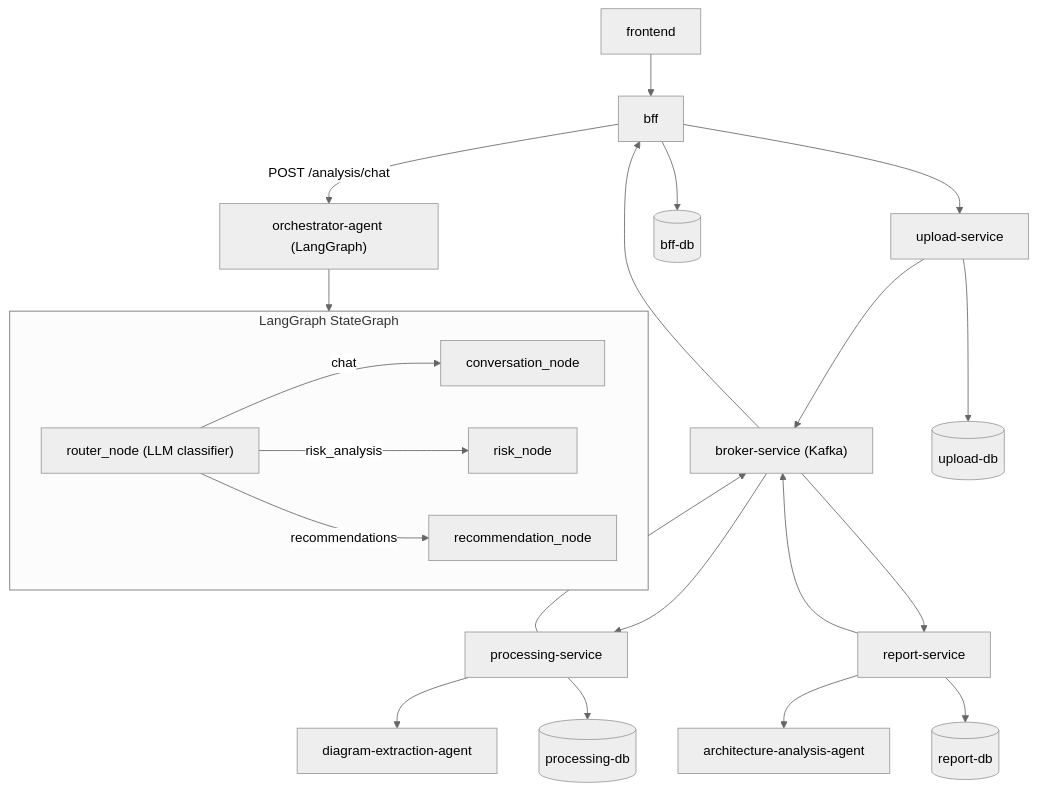
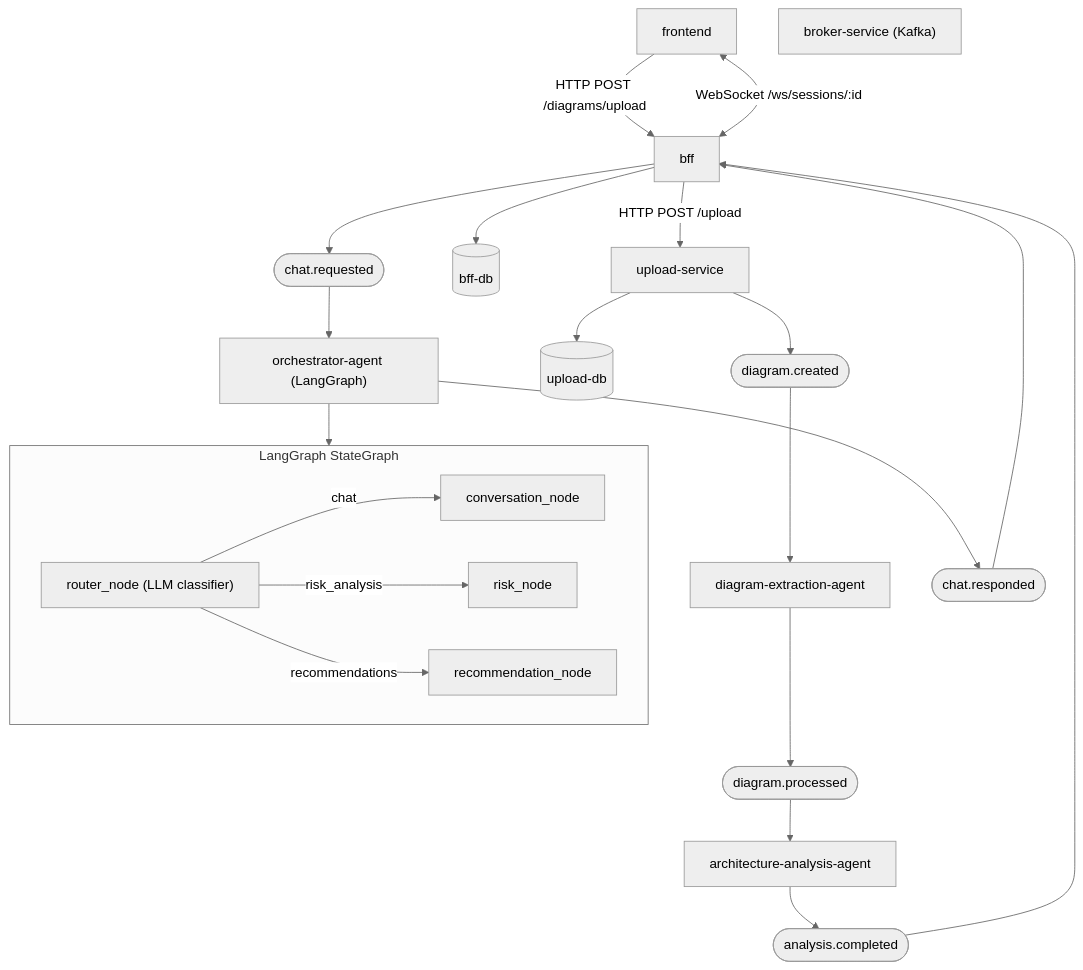
Before and after one commit to bodjay/ia-para-devs: the diagram in fase-5/tech-challenge/doc/ARCHITECTURE.md, drawn with Mermaid (neutral theme). The commit also changed other lines of this file and 32 other files, not shown here.

First line of the commit message:
feat: implement WebSocket server for chat functionality

`````diff
--- a/fase-5/tech-challenge/doc/ARCHITECTURE.md
+++ b/fase-5/tech-challenge/doc/ARCHITECTURE.md
@@ -5,62 +6,64 @@
 ````mermaid
 flowchart TB
 
     %% Clients
     FE["frontend"]
 
     %% BFF (microservice)
     BFF["bff"]
 
-    %% Orchestrator
-    OA["orchestrator-agent (LangGraph)"]
-
     %% Broker
     KAFKA["broker-service (Kafka)"]
 
-    %% Microservices
-    PS["processing-service"]
-    RS["report-service"]
+    %% Upload
     US["upload-service"]
 
-    %% AI Agents
+    %% AI Agents — Kafka-native workers
+    OA["orchestrator-agent (LangGraph)"]
     DEA["diagram-extraction-agent"]
     AAA["architecture-analysis-agent"]
 
     %% Databases
     DBB[("bff-db")]
-    DBP[("processing-db")]
-    DBR[("report-db")]
     DBU[("upload-db")]
 
-    %% Fluxos
-    FE --> BFF
-    BFF -->|POST /analysis/chat| OA
+    %% Tópicos Kafka
+    T1(["diagram.created"])
+    T2(["diagram.processed"])
+    T3(["analysis.completed"])
+    T4(["chat.requested"])
+    T5(["chat.responded"])
+
+    %% Fluxo de upload e análise
+    FE -->|HTTP POST /diagrams/upload| BFF
+    BFF -->|HTTP POST /upload| US
+    US --> T1
+    T1 --> DEA
+    DEA --> T2
+    T2 --> AAA
+    AAA --> T3
+    T3 --> BFF
+
+    %% Fluxo de chat
+    FE <-->|WebSocket /ws/sessions/:id| BFF
+    BFF --> T4
+    T4 --> OA
 
     subgraph OrchestratorGraph ["LangGraph StateGraph"]
         Router["router_node (LLM classifier)"]
         Conv["conversation_node"]
         Risk["risk_node"]
         Rec["recommendation_node"]
 
         Router -->|chat| Conv
         Router -->|risk_analysis| Risk
         Router -->|recommendations| Rec
     end
 
     OA --> OrchestratorGraph
-
-    BFF --> US
-    US --> KAFKA
-    KAFKA --> PS
-    PS --> DEA
-    PS --> KAFKA
-    KAFKA --> RS
-    RS --> AAA
-    RS --> KAFKA
-    KAFKA --> BFF
+    OA --> T5
+    T5 --> BFF
 
     BFF --> DBB
-    PS --> DBP
-    RS --> DBR
     US --> DBU
 ````
`````
